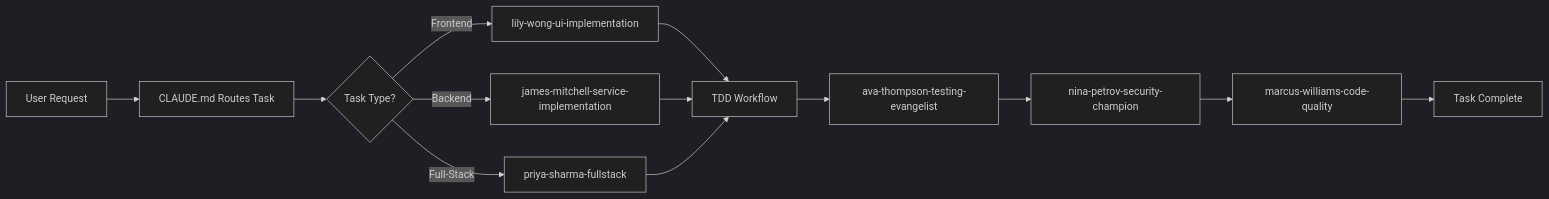
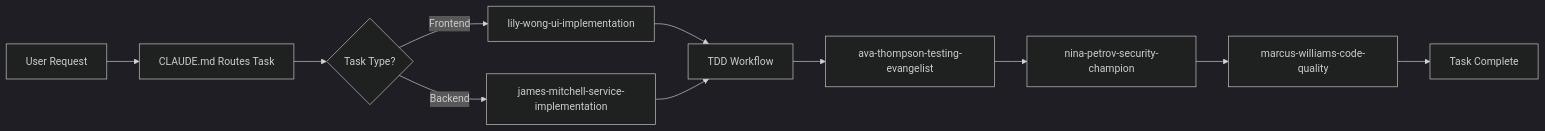
Before and after one commit to alvis/.claude: the diagram in README.md, drawn with Mermaid (dark theme). The commit also changed other lines of this file and 12 other files, not shown here.

````diff
--- a/README.md
+++ b/README.md
@@ -169,18 +160,16 @@
 ```mermaid
 graph LR
     A[User Request] --> B[CLAUDE.md Routes Task]
     B --> C{Task Type?}
     C -->|Frontend| D[lily-wong-ui-implementation]
     C -->|Backend| E[james-mitchell-service-implementation]
-    C -->|Full-Stack| F[priya-sharma-fullstack]
 
     D --> G[TDD Workflow]
     E --> G
-    F --> G
 
     G --> H[ava-thompson-testing-evangelist]
     H --> I[nina-petrov-security-champion]
     I --> J[marcus-williams-code-quality]
 
     J --> K[Task Complete]
 ```
````
